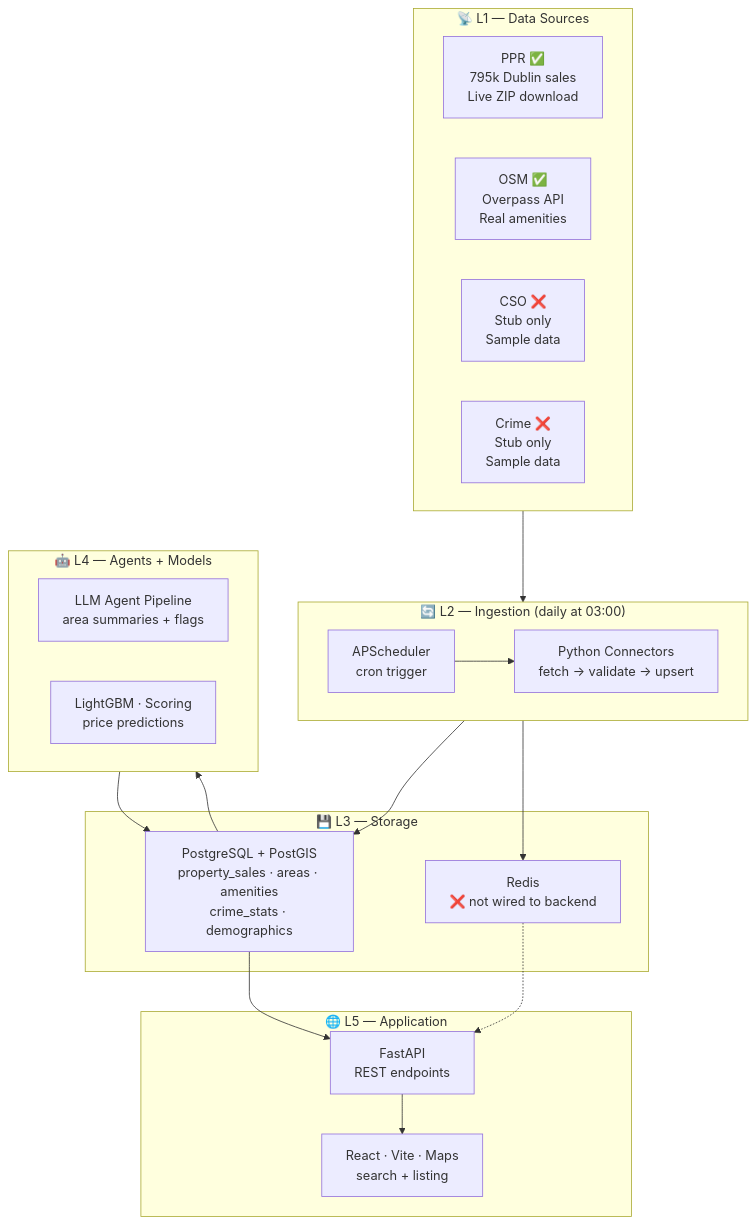
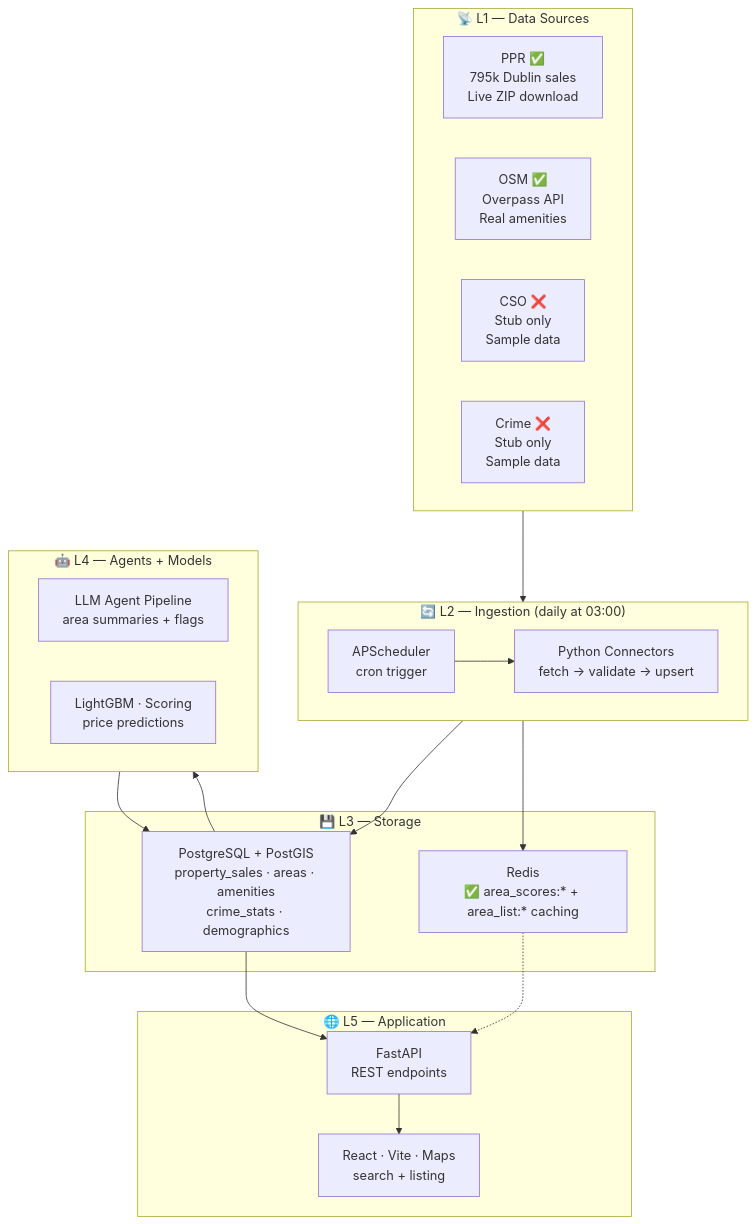
Before and after one commit to InfoSage05/Terra-Pulse: the first of 2 diagrams in README.md, drawn with Mermaid. The commit also changed other lines of this file and 98 other files, not shown here.

````diff
--- a/README.md
+++ b/README.md
@@ -10,40 +10,40 @@
 ```mermaid
 flowchart TD
     subgraph L1["📡 L1 — Data Sources"]
         direction LR
         PPR["PPR ✅<br/>795k Dublin sales<br/>Live ZIP download"]
         OSM["OSM ✅<br/>Overpass API<br/>Real amenities"]
         CSO["CSO ❌<br/>Stub only<br/>Sample data"]
         CRIME["Crime ❌<br/>Stub only<br/>Sample data"]
     end
 
     subgraph L2["🔄 L2 — Ingestion (daily at 03:00)"]
         CONN["Python Connectors<br/>fetch → validate → upsert"]
         SCHED["APScheduler<br/>cron trigger"]
         SCHED --> CONN
     end
 
     subgraph L3["💾 L3 — Storage"]
         PG["PostgreSQL + PostGIS<br/>property_sales · areas · amenities<br/>crime_stats · demographics"]
-        REDIS["Redis<br/>❌ not wired to backend"]
+        REDIS["Redis<br/>✅ area_scores:* + area_list:* caching"]
     end
 
     subgraph L4["🤖 L4 — Agents + Models"]
         AG["LLM Agent Pipeline<br/>area summaries + flags"]
         ML["LightGBM · Scoring<br/>price predictions"]
     end
 
     subgraph L5["🌐 L5 — Application"]
         API["FastAPI<br/>REST endpoints"]
         UI["React · Vite · Maps<br/>search + listing"]
     end
 
     L1 --> L2
     L2 --> PG
     L2 --> REDIS
     PG --> L4
     L4 --> PG
     PG --> API
     REDIS -.-> API
     API --> UI
 ```
````
